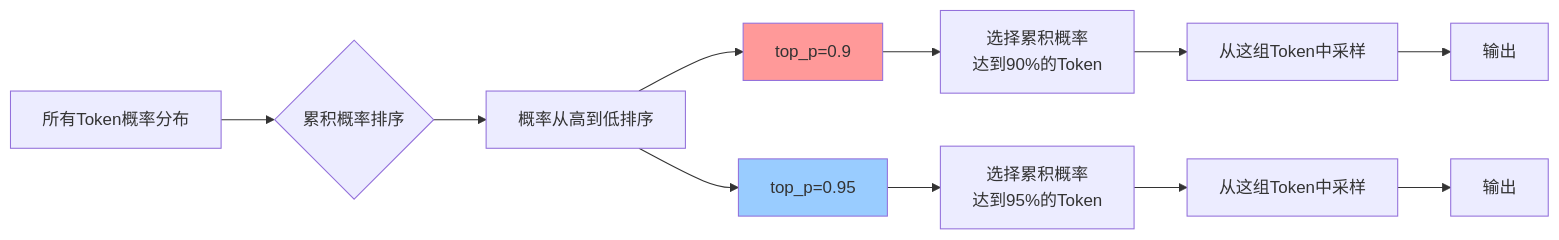
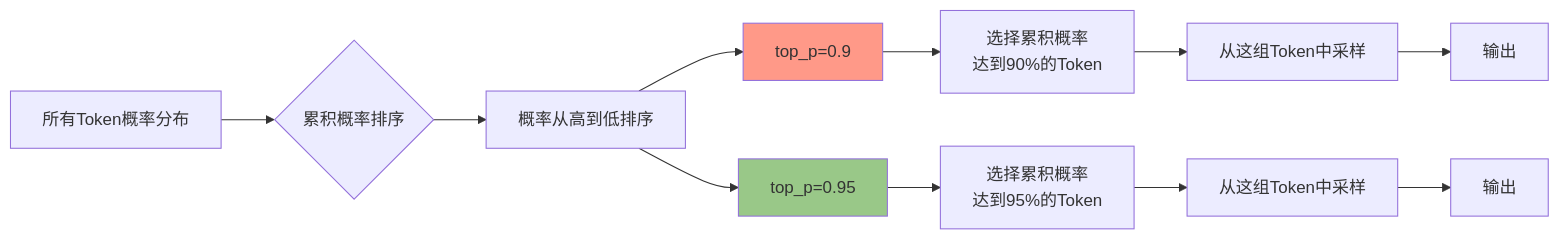
The second of 5 diagrams in ai-agent/rag/05_generation.md (dd-xiaozhi/study-notes), drawn with Mermaid before and after one commit. The commit also changed other lines of this file and 19 other files, not shown here.

````diff
--- a/ai-agent/rag/05_generation.md
+++ b/ai-agent/rag/05_generation.md
@@ -854,17 +854,17 @@
 ```mermaid
 flowchart LR
     A[所有Token概率分布] --> B{累积概率排序}
     B --> C[概率从高到低排序]
     C --> D["top_p=0.9"]
     D --> E["选择累积概率<br/>达到90%的Token"]
     E --> F[从这组Token中采样]
     F --> G[输出]
 
     C --> H["top_p=0.95"]
     H --> I["选择累积概率<br/>达到95%的Token"]
     I --> J[从这组Token中采样]
     J --> K[输出]
 
-    style D fill:#ff9999
-    style H fill:#99ccff
+    style D fill:#ff9988
+    style H fill:#99c888
 ```
````
